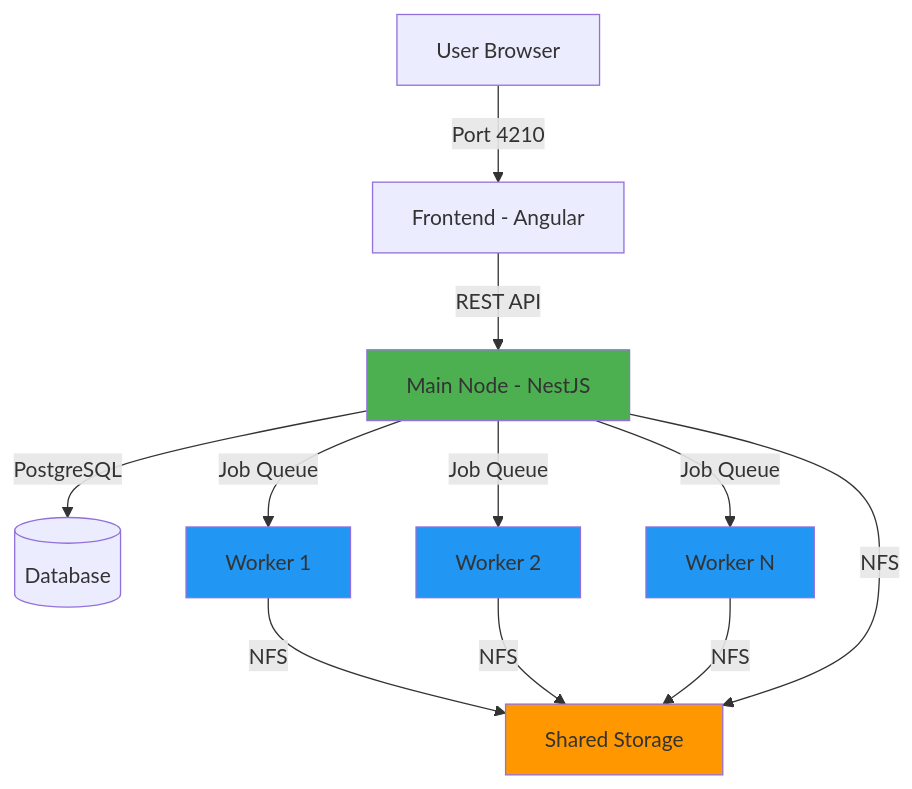
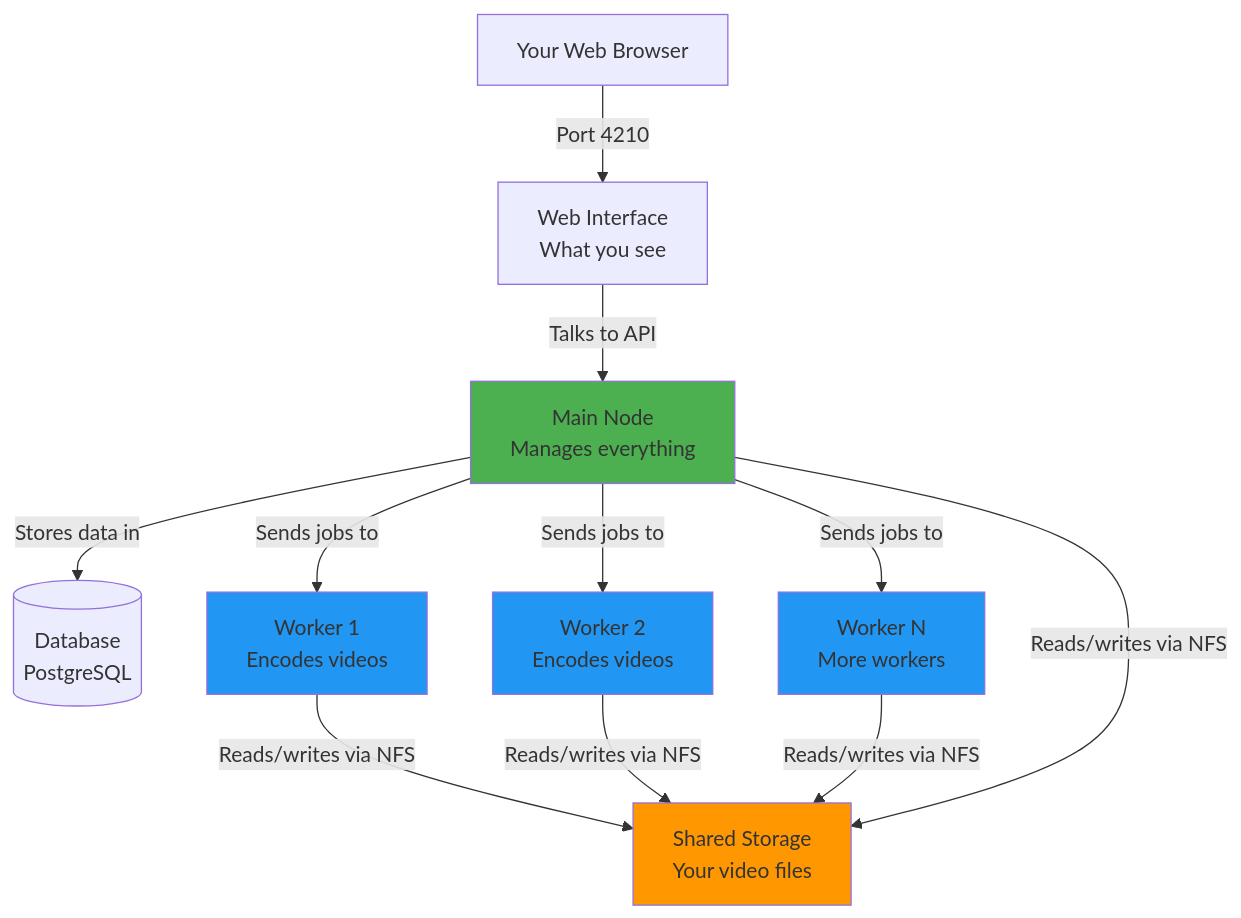
The second of 2 diagrams in docs-mintlify/introduction.mdx (lucid-fabrics/bitbonsai), drawn with Mermaid before and after one commit. The commit also changed other lines of this file and 7 other files, not shown here.

````diff
--- a/docs-mintlify/introduction.mdx
+++ b/docs-mintlify/introduction.mdx
@@ -88,19 +118,19 @@
 ```mermaid
 graph TD
-    A[User Browser] -->|Port 4210| B[Frontend - Angular]
-    B -->|REST API| C[Main Node - NestJS]
-    C -->|PostgreSQL| D[(Database)]
-    C -->|Job Queue| E[Worker 1]
-    C -->|Job Queue| F[Worker 2]
-    C -->|Job Queue| G[Worker N]
-    E -->|NFS| H[Shared Storage]
-    F -->|NFS| H
-    G -->|NFS| H
-    C -->|NFS| H
+    A[Your Web Browser] -->|Port 4210| B[Web Interface<br/>What you see]
+    B -->|Talks to API| C[Main Node<br/>Manages everything]
+    C -->|Stores data in| D[(Database<br/>PostgreSQL)]
+    C -->|Sends jobs to| E[Worker 1<br/>Encodes videos]
+    C -->|Sends jobs to| F[Worker 2<br/>Encodes videos]
+    C -->|Sends jobs to| G[Worker N<br/>More workers]
+    E -->|Reads/writes via NFS| H[Shared Storage<br/>Your video files]
+    F -->|Reads/writes via NFS| H
+    G -->|Reads/writes via NFS| H
+    C -->|Reads/writes via NFS| H
 
     style C fill:#4CAF50
     style E fill:#2196F3
     style F fill:#2196F3
     style G fill:#2196F3
     style H fill:#FF9800
 ```
````
